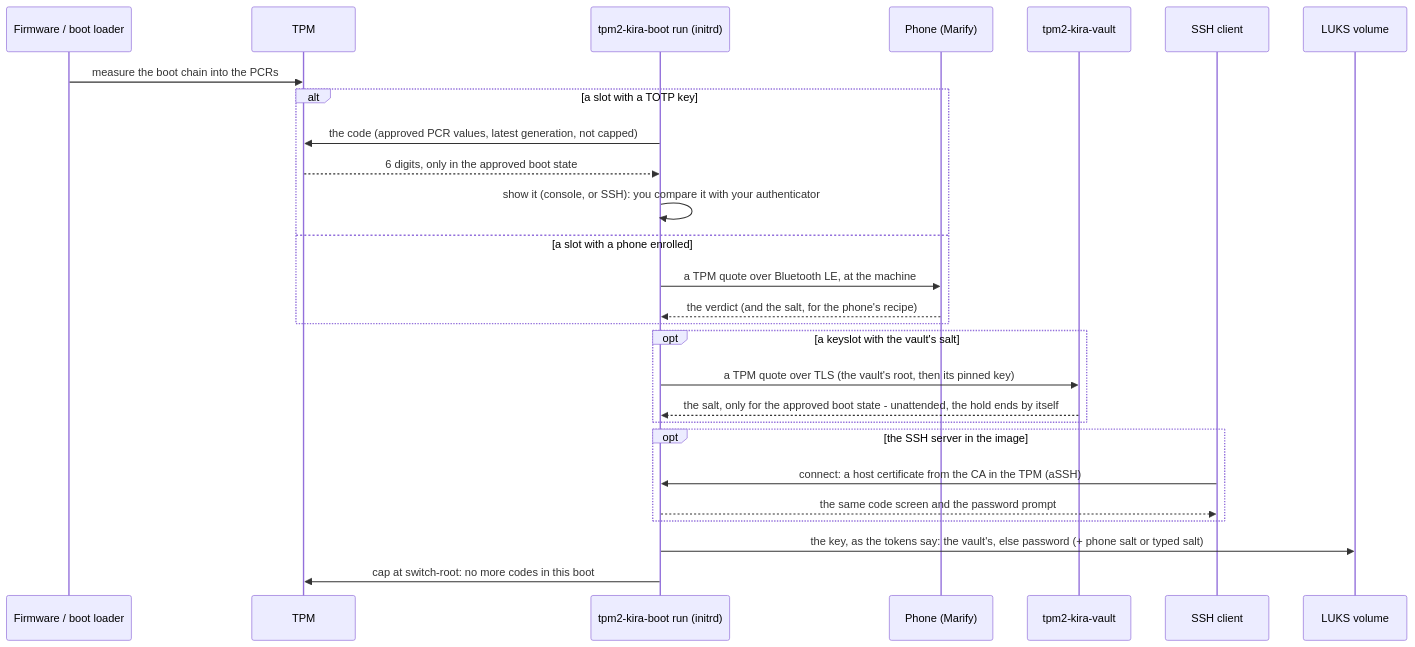
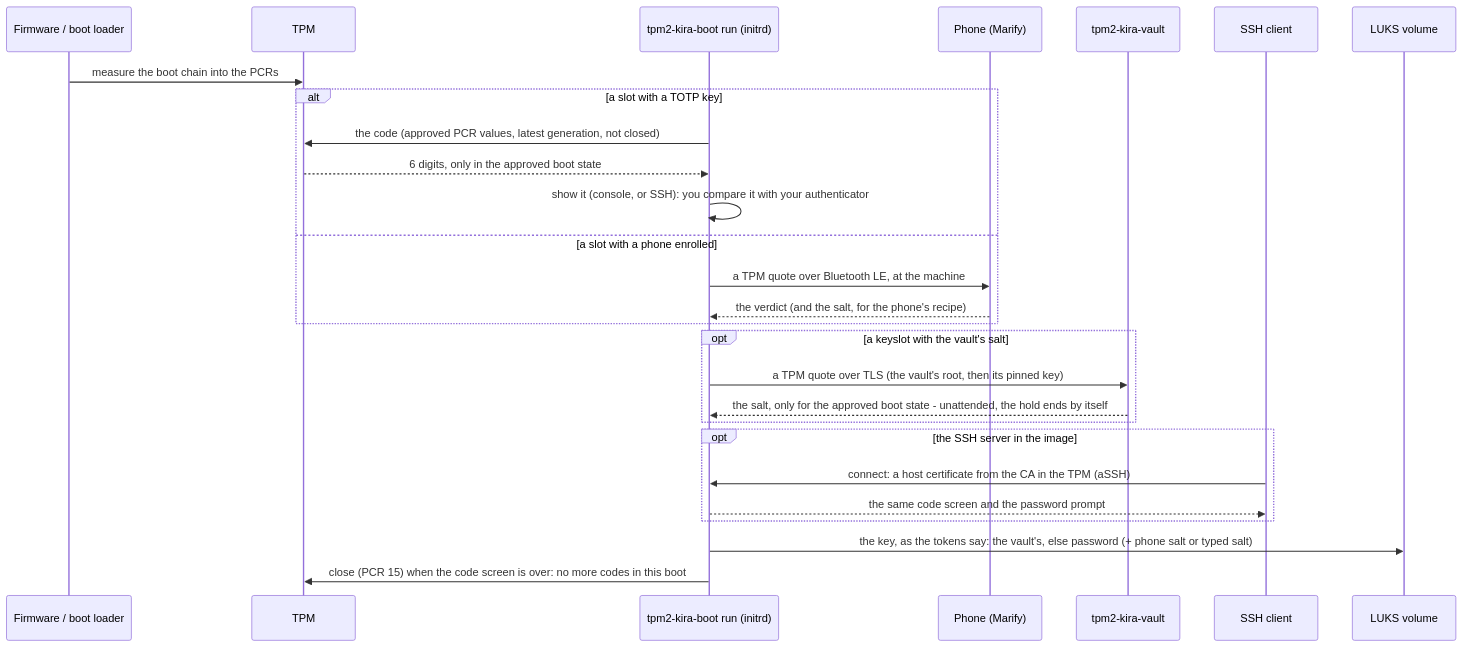
Before and after one commit to mrwiora/tpm2-kira: the second of 2 diagrams in README.md, drawn with Mermaid. The commit also changed other lines of this file and 20 other files, not shown here.

````diff
--- a/README.md
+++ b/README.md
@@ -505,29 +506,29 @@
 ```mermaid
 sequenceDiagram
   participant FW as Firmware / boot loader
   participant TPM
   participant K as tpm2-kira-boot run (initrd)
   participant P as Phone (Marify)
   participant V as tpm2-kira-vault
   participant S as SSH client
   participant D as LUKS volume
   FW->>TPM: measure the boot chain into the PCRs
   alt a slot with a TOTP key
-    K->>TPM: the code (approved PCR values, latest generation, not capped)
+    K->>TPM: the code (approved PCR values, latest generation, not closed)
     TPM-->>K: 6 digits, only in the approved boot state
     K->>K: show it (console, or SSH): you compare it with your authenticator
   else a slot with a phone enrolled
     K->>P: a TPM quote over Bluetooth LE, at the machine
     P-->>K: the verdict (and the salt, for the phone's recipe)
   end
   opt a keyslot with the vault's salt
     K->>V: a TPM quote over TLS (the vault's root, then its pinned key)
     V-->>K: the salt, only for the approved boot state - unattended, the hold ends by itself
   end
   opt the SSH server in the image
     S->>K: connect: a host certificate from the CA in the TPM (aSSH)
     K-->>S: the same code screen and the password prompt
   end
   K->>D: the key, as the tokens say: the vault's, else password (+ phone salt or typed salt)
-  K->>TPM: cap at switch-root: no more codes in this boot
+  K->>TPM: close (PCR 15) when the code screen is over: no more codes in this boot
 ```
````
